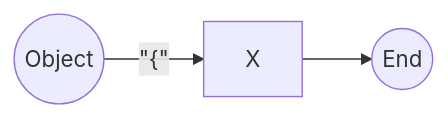
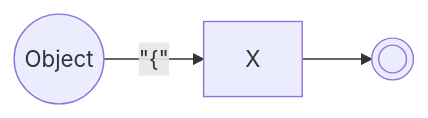
The first of 2 diagrams in Blog/GLR-Refactoring/README.md (vczh-websites/vczh), drawn with Mermaid before and after one commit.

````diff
--- a/Blog/GLR-Refactoring/README.md
+++ b/Blog/GLR-Refactoring/README.md
@@ -45,6 +45,5 @@
 ```mermaid
 graph LR;
   S((Object))-- #quot;{#quot; -->X;
-  X-->E;
-  E((End));
+  X-->E((( )));
 ```
````
